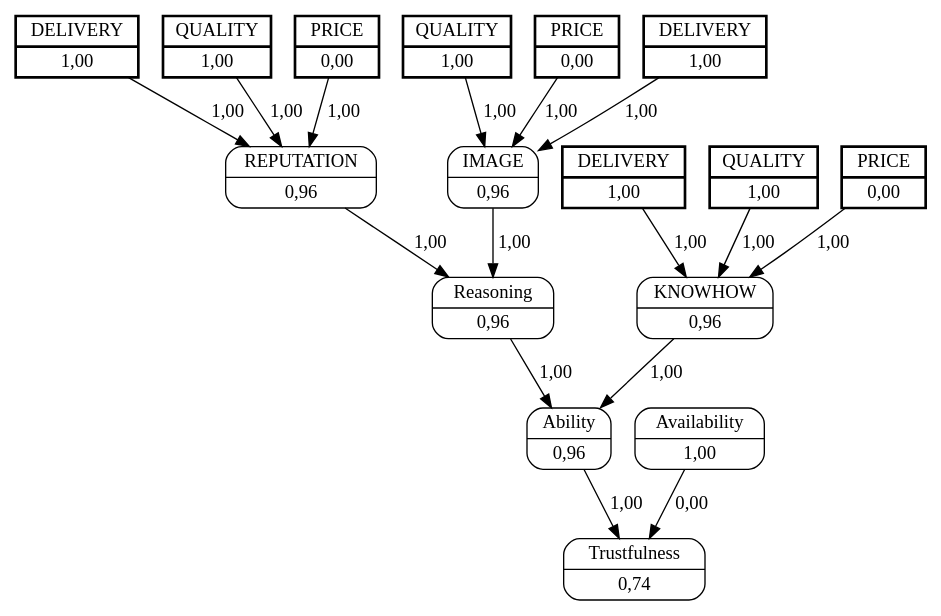
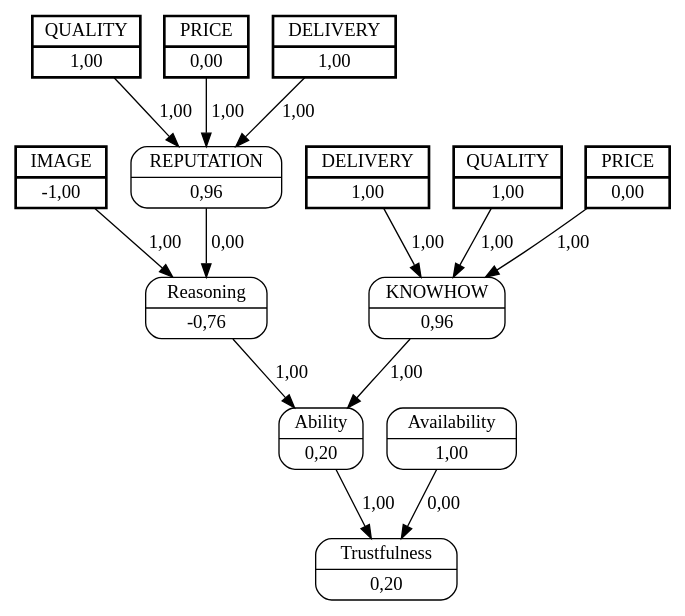
The diagram in unload_boxes/dots/buyerA1sellerA6.dot (jjbaqueta/unload_experiment), drawn with Graphviz before and after one commit. The commit also changed 156 other files, not shown here.

```diff
--- a/unload_boxes/dots/buyerA1sellerA6.dot
+++ b/unload_boxes/dots/buyerA1sellerA6.dot
@@ -1,39 +1,31 @@
 digraph FCM_net{
 	node [shape=record, style=rounded]
+	0 [label="{IMAGE | -1,00}", style=bold, penwidth=2, peripheries=2];
 	7 [label="{QUALITY | 1,00}", style=bold, penwidth=2, peripheries=2];
 	8 [label="{PRICE | 0,00}", style=bold, penwidth=2, peripheries=2];
 	9 [label="{DELIVERY | 1,00}", style=bold, penwidth=2, peripheries=2];
 	10 [label="{QUALITY | 1,00}", style=bold, penwidth=2, peripheries=2];
 	11 [label="{PRICE | 0,00}", style=bold, penwidth=2, peripheries=2];
 	12 [label="{DELIVERY | 1,00}", style=bold, penwidth=2, peripheries=2];
-	13 [label="{QUALITY | 1,00}", style=bold, penwidth=2, peripheries=2];
-	14 [label="{PRICE | 0,00}", style=bold, penwidth=2, peripheries=2];
-	15 [label="{DELIVERY | 1,00}", style=bold, penwidth=2, peripheries=2];
-	0 [label="{IMAGE | 0,96}"];
+	0 [label="{IMAGE | -1,00}"];
 	1 [label="{REPUTATION | 0,96}"];
 	2 [label="{KNOWHOW | 0,96}"];
-	3 [label="{Reasoning | 0,96}"];
-	4 [label="{Ability | 0,96}"];
+	3 [label="{Reasoning | -0,76}"];
+	4 [label="{Ability | 0,20}"];
 	5 [label="{Availability | 1,00}"];
-	6 [label="{Trustfulness | 0,74}"];
-	7 [label="{QUALITY | 1,00}"];
+	6 [label="{Trustfulness | 0,20}"];
 	8 [label="{PRICE | 0,00}"];
-	9 [label="{DELIVERY | 1,00}"];
-	11 [label="{PRICE | 0,00}"];
-	13 [label="{QUALITY | 1,00}"];
+	10 [label="{QUALITY | 1,00}"];
 	0 -> 3 [label = "1,00"];
-	1 -> 3 [label = "1,00"];
+	1 -> 3 [label = "0,00"];
 	3 -> 4 [label = "1,00"];
 	2 -> 4 [label = "1,00"];
 	4 -> 6 [label = "1,00"];
 	5 -> 6 [label = "0,00"];
-	7 -> 0 [label = "1,00"];
-	8 -> 0 [label = "1,00"];
-	9 -> 0 [label = "1,00"];
-	10 -> 1 [label = "1,00"];
-	11 -> 1 [label = "1,00"];
-	12 -> 1 [label = "1,00"];
-	13 -> 2 [label = "1,00"];
-	14 -> 2 [label = "1,00"];
-	15 -> 2 [label = "1,00"];
+	7 -> 1 [label = "1,00"];
+	8 -> 1 [label = "1,00"];
+	9 -> 1 [label = "1,00"];
+	10 -> 2 [label = "1,00"];
+	11 -> 2 [label = "1,00"];
+	12 -> 2 [label = "1,00"];
 }
```
